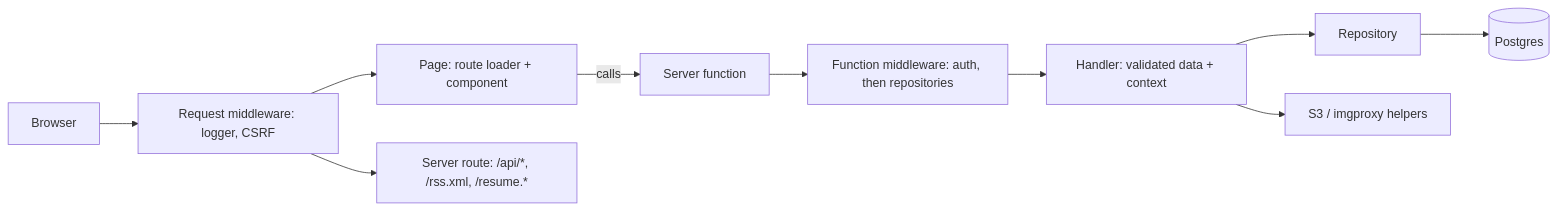
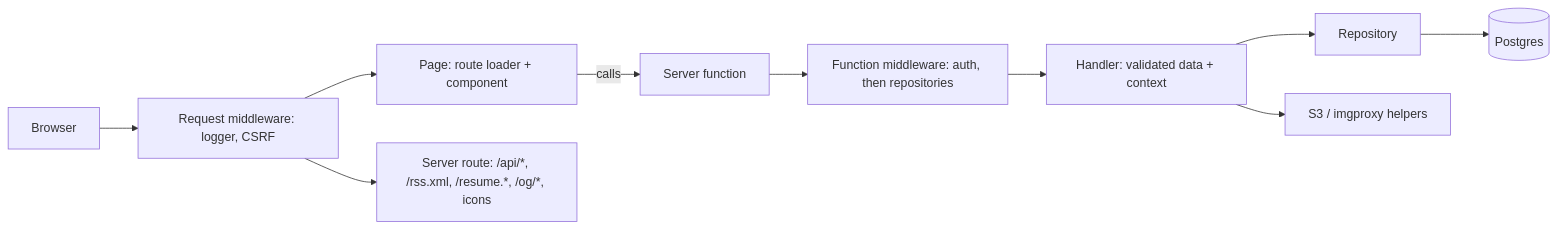
One commit to devinsharpe/devsharpe changed the first of 3 diagrams in README.md. Above: the diagram before and after it, drawn with Mermaid. The commit also changed other lines of this file and 22 other files, not shown here.

````diff
--- a/README.md
+++ b/README.md
@@ -152,12 +156,12 @@
 ```mermaid
 flowchart LR
   B["Browser"] --> RM["Request middleware: logger, CSRF"]
   RM --> P["Page: route loader + component"]
-  RM --> SR["Server route: /api/*, /rss.xml, /resume.*"]
+  RM --> SR["Server route: /api/*, /rss.xml, /resume.*, /og/*, icons"]
   P -->|"calls"| SF["Server function"]
   SF --> FM["Function middleware: auth, then repositories"]
   FM --> H["Handler: validated data + context"]
   H --> R["Repository"]
   R --> DB[("Postgres")]
   H --> X["S3 / imgproxy helpers"]
 ```
````
